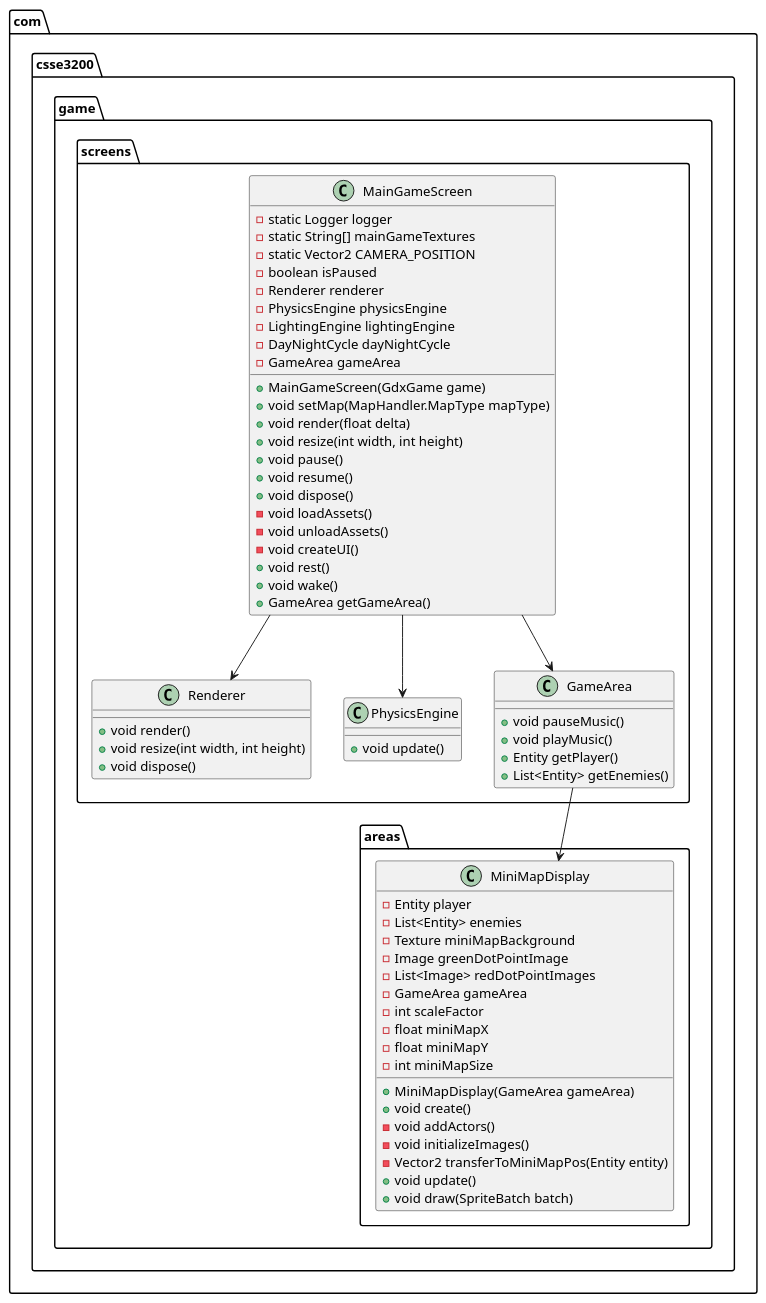
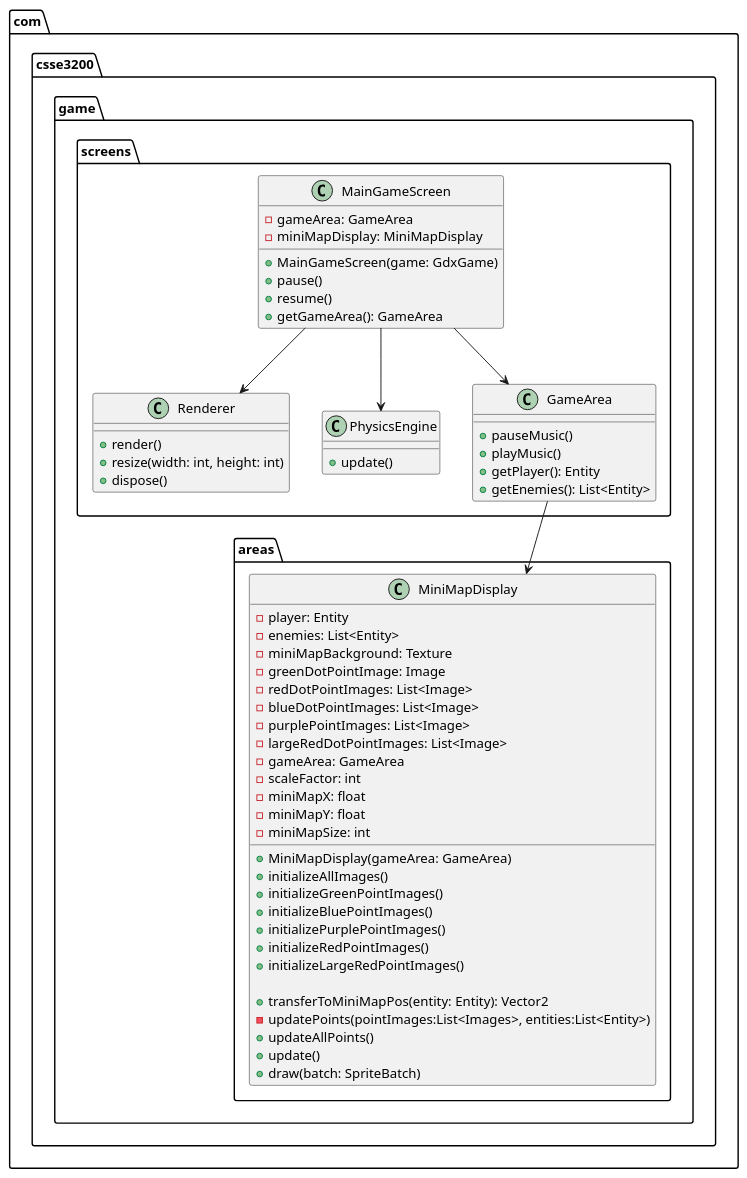
One commit to UQcsse3200/2024-studio-2 changed the diagram in source/core/src/main/com/csse3200/game/areas/MiniMap.puml. Above: the diagram before and after it, drawn with PlantUML. The commit also changed 3 other files, not shown here.

Commit message:
Update UML Diagram

```diff
--- a/source/core/src/main/com/csse3200/game/areas/MiniMap.puml
+++ b/source/core/src/main/com/csse3200/game/areas/MiniMap.puml
@@ -1,74 +1,67 @@
 @startuml
 package com.csse3200.game.screens {
     class MainGameScreen {
-        - static Logger logger
-        - static String[] mainGameTextures
-        - static Vector2 CAMERA_POSITION
-        - boolean isPaused
-        - Renderer renderer
-        - PhysicsEngine physicsEngine
-        - LightingEngine lightingEngine
-        - DayNightCycle dayNightCycle
-        - GameArea gameArea
+        - gameArea: GameArea
+        - miniMapDisplay: MiniMapDisplay
 
-        + MainGameScreen(GdxGame game)
-        + void setMap(MapHandler.MapType mapType)
-        + void render(float delta)
-        + void resize(int width, int height)
-        + void pause()
-        + void resume()
-        + void dispose()
-        - void loadAssets()
-        - void unloadAssets()
-        - void createUI()
-        + void rest()
-        + void wake()
-        + GameArea getGameArea()
+        + MainGameScreen(game: GdxGame)
+        + pause()
+        + resume()
+        + getGameArea(): GameArea
     }
 
     class Renderer {
-        + void render()
-        + void resize(int width, int height)
-        + void dispose()
+        + render()
+        + resize(width: int, height: int)
+        + dispose()
     }
 
     class PhysicsEngine {
-        + void update()
+        + update()
     }
 
     class GameArea {
-        + void pauseMusic()
-        + void playMusic()
-        + Entity getPlayer()
-        + List<Entity> getEnemies()
+        + pauseMusic()
+        + playMusic()
+        + getPlayer(): Entity
+        + getEnemies(): List<Entity>
     }
 }
 
 package com.csse3200.game.areas {
     class MiniMapDisplay {
-        - Entity player
-        - List<Entity> enemies
-        - Texture miniMapBackground
-        - Image greenDotPointImage
-        - List<Image> redDotPointImages
-        - GameArea gameArea
-        - int scaleFactor
-        - float miniMapX
-        - float miniMapY
-        - int miniMapSize
+        - player: Entity
+        - enemies: List<Entity>
+        - miniMapBackground: Texture
+        - greenDotPointImage: Image
+        - redDotPointImages: List<Image>
+        - blueDotPointImages: List<Image>
+        - purplePointImages: List<Image>
+        - largeRedDotPointImages: List<Image>
+        - gameArea: GameArea
+        - scaleFactor: int
+        - miniMapX: float
+        - miniMapY: float
+        - miniMapSize: int
 
-        + MiniMapDisplay(GameArea gameArea)
-        + void create()
-        - void addActors()
-        - void initializeImages()
-        - Vector2 transferToMiniMapPos(Entity entity)
-        + void update()
-        + void draw(SpriteBatch batch)
+        + MiniMapDisplay(gameArea: GameArea)
+        + initializeAllImages()
+        + initializeGreenPointImages()
+        + initializeBluePointImages()
+        + initializePurplePointImages()
+        + initializeRedPointImages()
+        + initializeLargeRedPointImages()
+
+        + transferToMiniMapPos(entity: Entity): Vector2
+        - updatePoints(pointImages:List<Images>, entities:List<Entity>)
+        + updateAllPoints()
+        + update()
+        + draw(batch: SpriteBatch)
     }
 }
 
 MainGameScreen --> Renderer
 MainGameScreen --> PhysicsEngine
 MainGameScreen --> GameArea
 GameArea --> MiniMapDisplay
 @enduml
```
